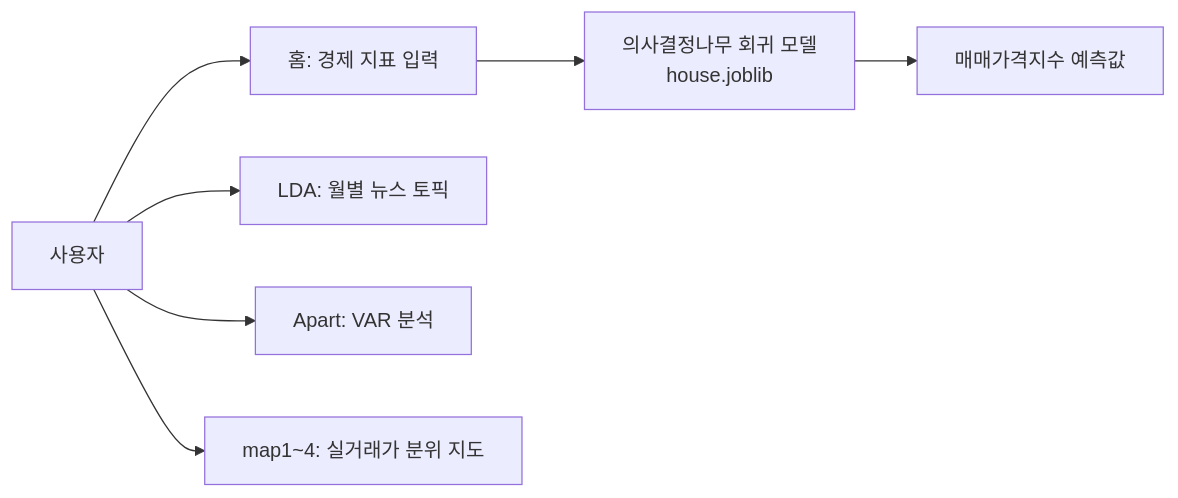
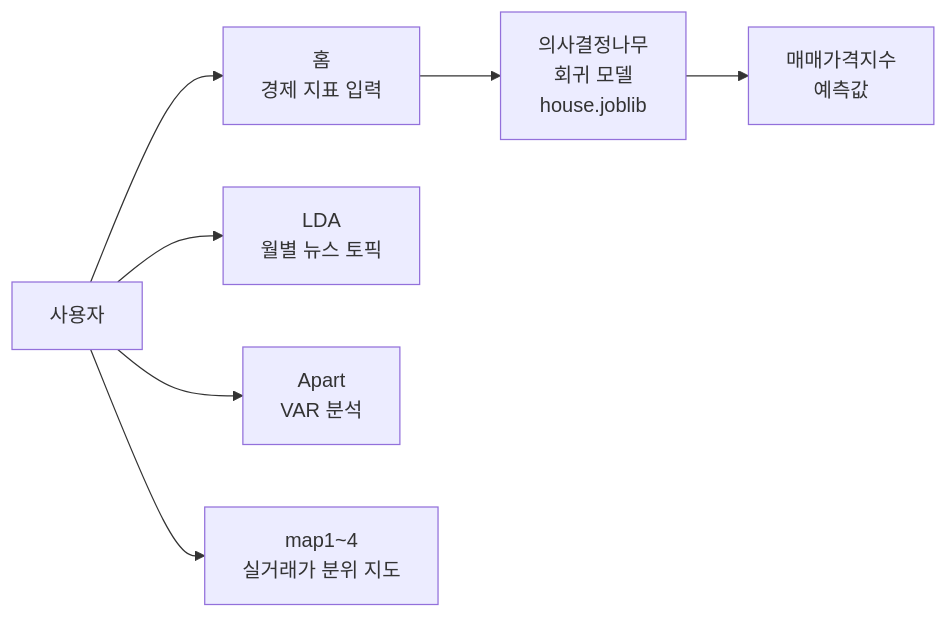
One commit to mjk022/portfolio changed the second of 2 diagrams in 아파트매매가격예측/README.md. Above: the diagram before and after it, drawn with Mermaid. The commit also changed other lines of this file and 142 other files, not shown here.

Commit message:
추천시스템 웹 체험 페이지 추가, mermaid 라벨 줄바꿈 정리

````diff
--- a/아파트매매가격예측/README.md
+++ b/아파트매매가격예측/README.md
@@ -141,9 +141,9 @@
 ```mermaid
 flowchart LR
-    U[사용자] --> H[홈: 경제 지표 입력]
-    H --> M[의사결정나무 회귀 모델<br/>house.joblib]
-    M --> R[매매가격지수 예측값]
-    U --> L[LDA: 월별 뉴스 토픽]
-    U --> A[Apart: VAR 분석]
-    U --> P[map1~4: 실거래가 분위 지도]
+    U[사용자] --> H[홈<br/>경제 지표 입력]
+    H --> M[의사결정나무<br/>회귀 모델<br/>house.joblib]
+    M --> R[매매가격지수<br/>예측값]
+    U --> L[LDA<br/>월별 뉴스 토픽]
+    U --> A[Apart<br/>VAR 분석]
+    U --> P[map1~4<br/>실거래가 분위 지도]
 ```
````
